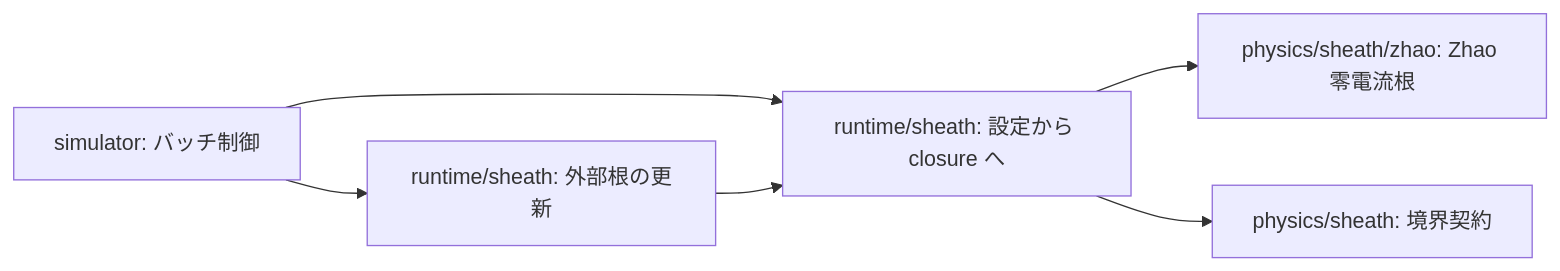
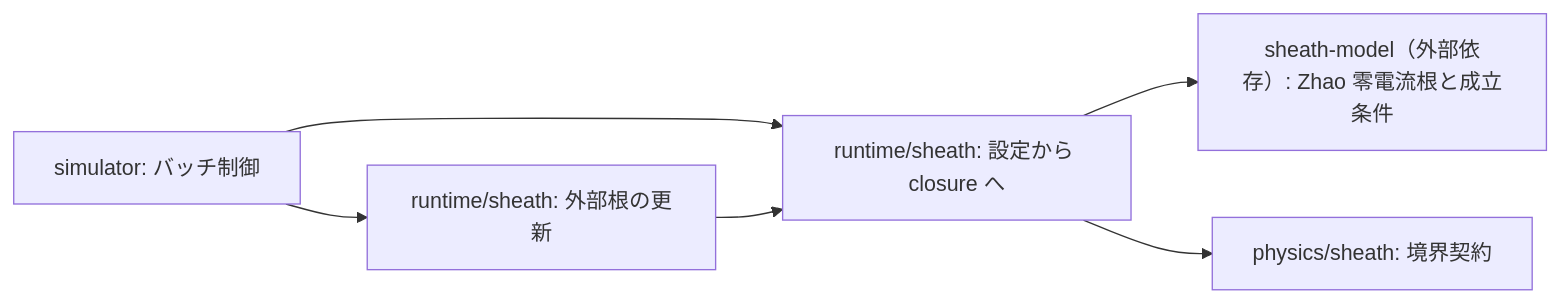
One commit to Nkzono99/BEACH changed the second of 2 diagrams in docs/Architecture.md. Above: the diagram before and after it, drawn with Mermaid. The commit also changed other lines of this file and 29 other files, not shown here.

````diff
--- a/docs/Architecture.md
+++ b/docs/Architecture.md
@@ -180,8 +181,8 @@
 ```mermaid
 flowchart LR
   simulator["simulator: バッチ制御"] --> refresh["runtime/sheath: 外部根の更新"]
   simulator --> model["runtime/sheath: 設定から closure へ"]
   refresh --> model
-  model --> zhao["physics/sheath/zhao: Zhao 零電流根"]
+  model --> zhao["sheath-model（外部依存）: Zhao 零電流根と成立条件"]
   model --> contract["physics/sheath: 境界契約"]
 ```
````
